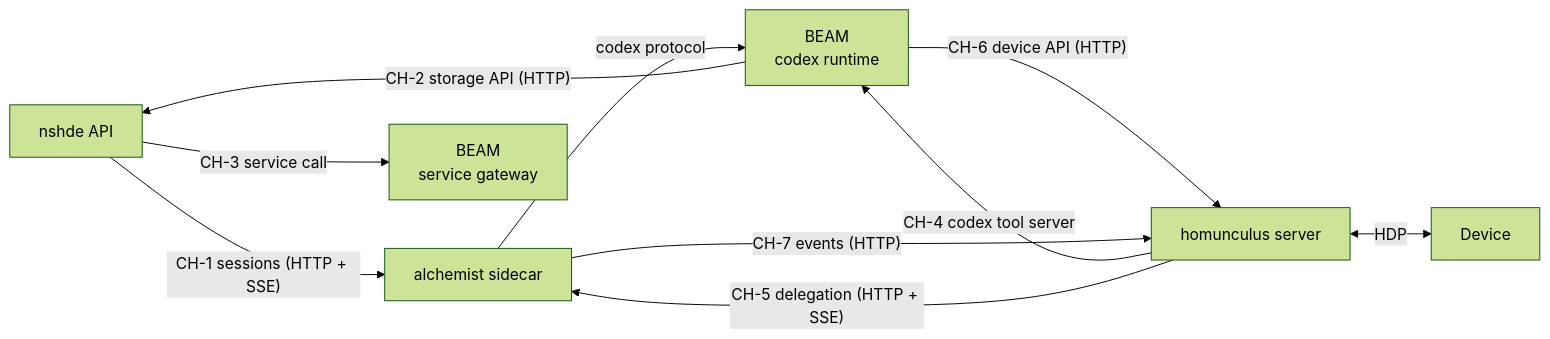
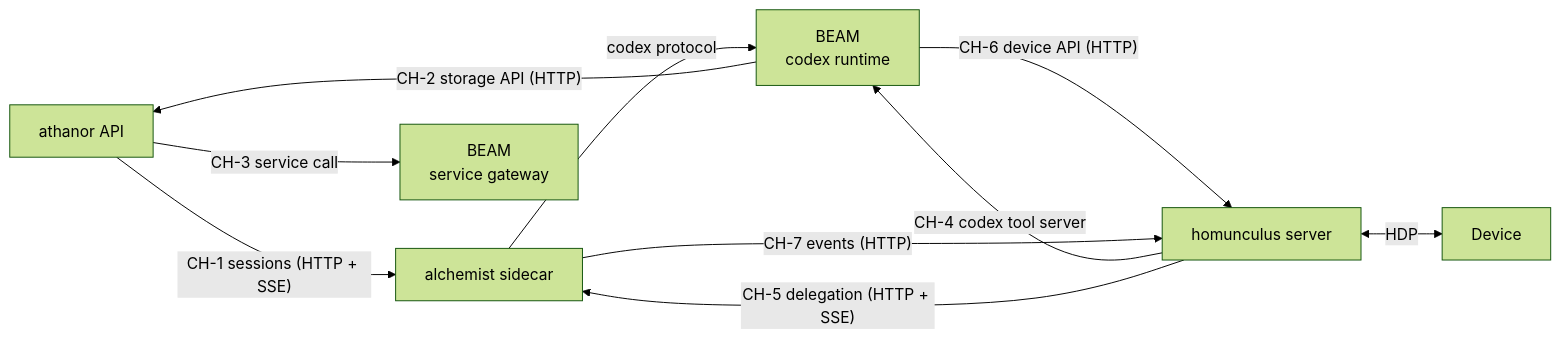
Before and after one commit to 0x1d/crucible: the diagram in docs/architecture/integration.md, drawn with Mermaid (forest theme). The commit also changed other lines of this file and 11 other files, not shown here.

First line of the commit message:
Rename nshde to athanor; pin Formulary as a submodule

````diff
--- a/docs/architecture/integration.md
+++ b/docs/architecture/integration.md
@@ -16,19 +16,19 @@
 ```mermaid
 flowchart LR
-    NSH["nshde API"]
+    ATH["athanor API"]
     SC["alchemist sidecar"]
     BEAM["BEAM<br/>codex runtime"]
     GW["BEAM<br/>service gateway"]
     HOM["homunculus server"]
     DEV["Device"]
 
-    NSH -- "CH-1 sessions (HTTP + SSE)" --> SC
+    ATH -- "CH-1 sessions (HTTP + SSE)" --> SC
     SC -- "codex protocol" --> BEAM
-    BEAM -- "CH-2 storage API (HTTP)" --> NSH
-    NSH -- "CH-3 service call" --> GW
+    BEAM -- "CH-2 storage API (HTTP)" --> ATH
+    ATH -- "CH-3 service call" --> GW
     HOM -- "CH-4 codex tool server" --> BEAM
     HOM -- "CH-5 delegation (HTTP + SSE)" --> SC
     BEAM -- "CH-6 device API (HTTP)" --> HOM
     SC -- "CH-7 events (HTTP)" --> HOM
     HOM <-- "HDP" --> DEV
 ```
````
